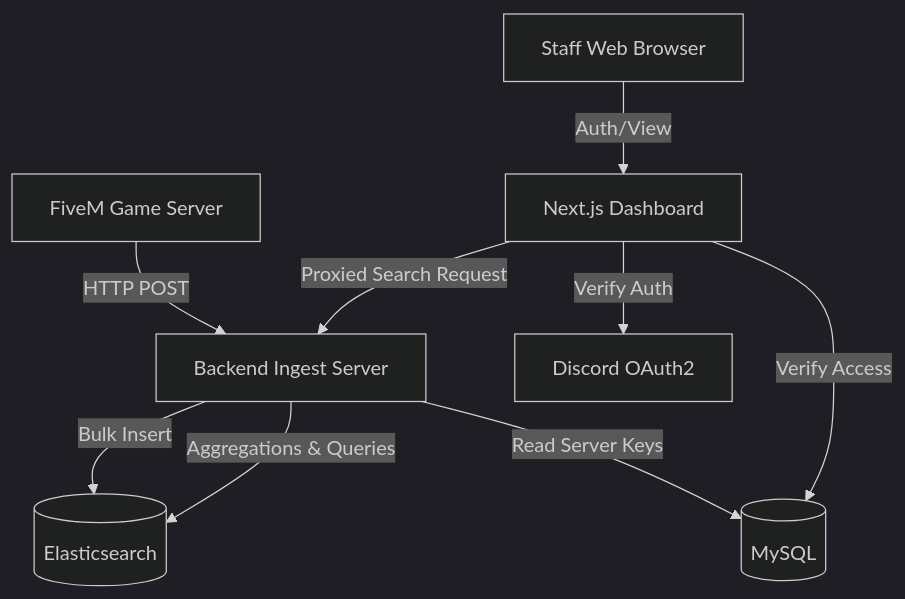
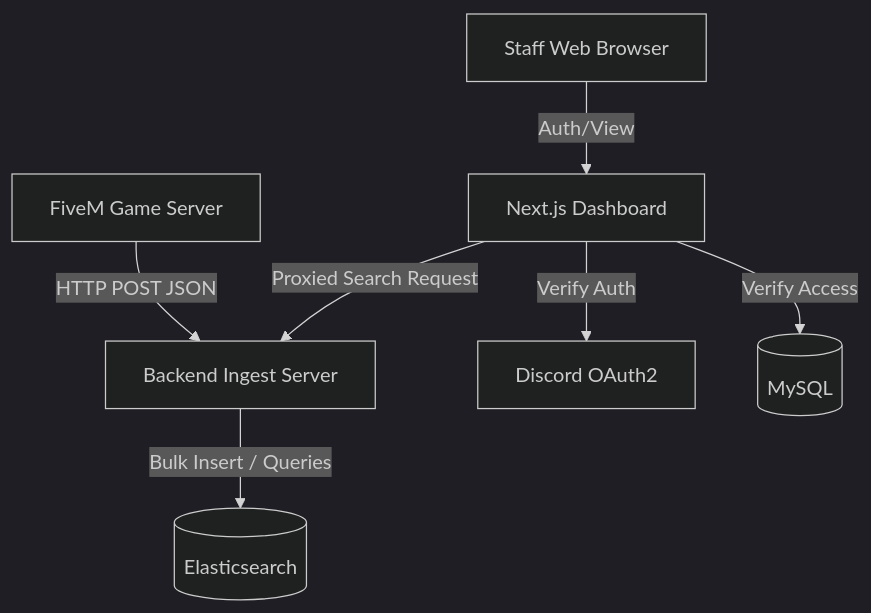
Before and after one commit to rnaefe/fivem-logging: the diagram in ARCHITECTURE.md, drawn with Mermaid (dark theme). The commit also changed other lines of this file and 3 other files, not shown here.

Commit message:
docs: add API reference, integration, and setup documentation and update ARCHITECTURE.md

````diff
--- a/ARCHITECTURE.md
+++ b/ARCHITECTURE.md
@@ -9,13 +9,10 @@
 ```mermaid
 graph TD;
-    GameServer[FiveM Game Server] -->|HTTP POST| Ingest[Backend Ingest Server]
-    Ingest -->|Bulk Insert| Elastic[(Elasticsearch)]
-    Ingest -->|Read Server Keys| MySQL[(MySQL)]
+    GameServer[FiveM Game Server] -->|HTTP POST JSON| Ingest[Backend Ingest Server]
+    Ingest -->|Bulk Insert / Queries| Elastic[(Elasticsearch)]
     
     Browser[Staff Web Browser] -->|Auth/View| Dashboard[Next.js Dashboard]
     Dashboard -->|Verify Auth| Discord[Discord OAuth2]
-    Dashboard -->|Verify Access| MySQL
+    Dashboard -->|Verify Access| MySQL[(MySQL)]
     Dashboard -->|Proxied Search Request| Ingest
-    
-    Ingest -->|Aggregations & Queries| Elastic
 ```
````
